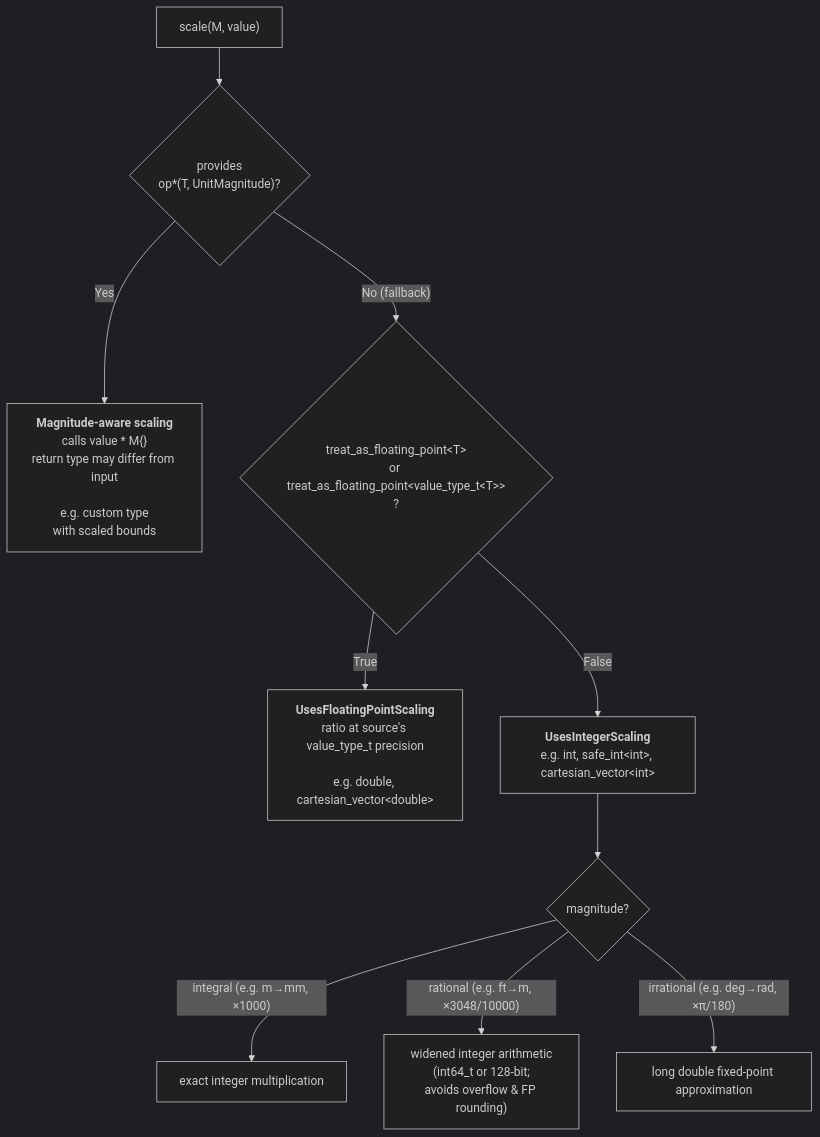
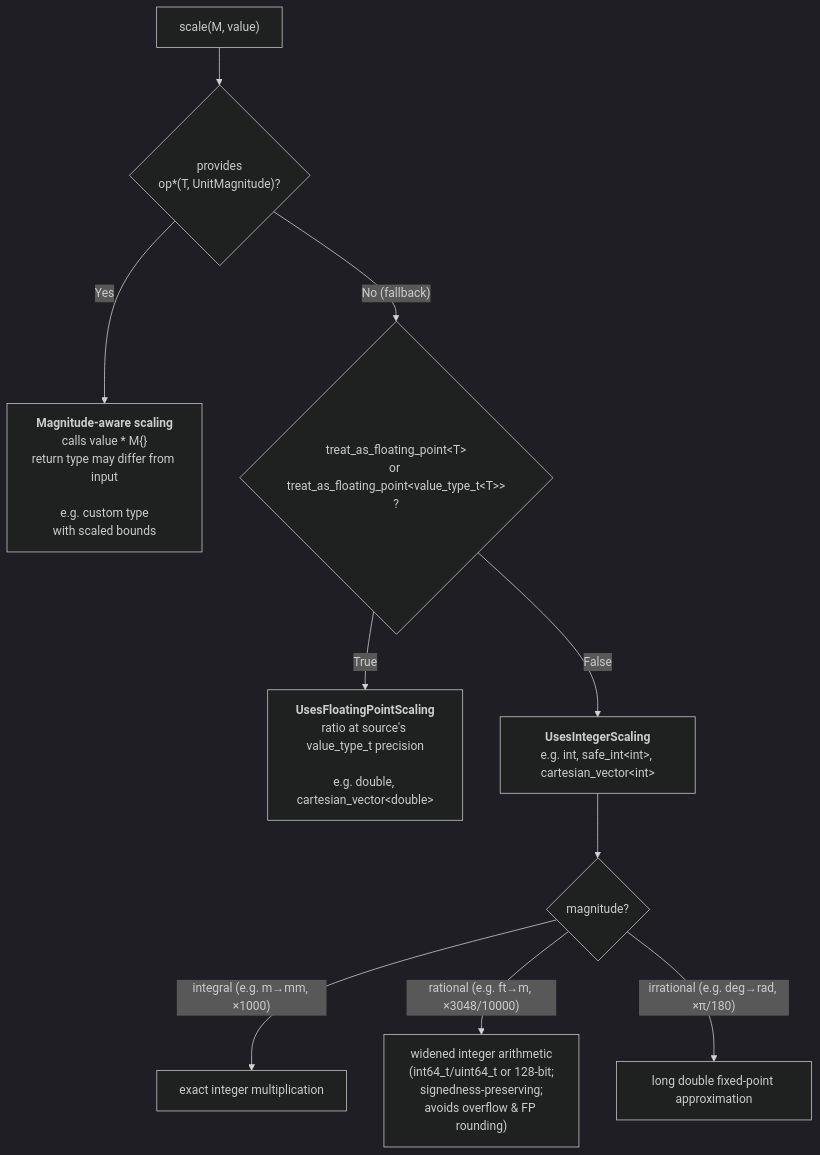
Before and after one commit to RalphSteinhagen/units: the diagram in docs/users_guide/framework_basics/representation_types.md, drawn with Mermaid (dark theme). The commit also changed other lines of this file and 4 other files, not shown here.

````diff
--- a/docs/users_guide/framework_basics/representation_types.md
+++ b/docs/users_guide/framework_basics/representation_types.md
@@ -202,12 +202,12 @@
 ```mermaid
 flowchart TD
     A["scale(M, value)"] --> MA{"provides<br>op*(T, UnitMagnitude)?"}
     MA -- "Yes" --> MAR["<b>Magnitude-aware scaling</b><br>calls value * M{}<br>return type may differ from input<br><br>e.g. custom type<br>with scaled bounds"]
     MA -- "No (fallback)" --> B{"treat_as_floating_point&lt;T&gt;<br>or treat_as_floating_point&lt;value_type_t&lt;T&gt;&gt;<br>?"}
     B -- True --> FP["<b>UsesFloatingPointScaling</b><br>ratio at source's value_type_t precision<br><br>e.g. double, cartesian_vector&lt;double&gt;"]
     B -- False --> INT["<b>UsesIntegerScaling</b><br>e.g. int, safe_int&lt;int&gt;, cartesian_vector&lt;int&gt;"]
     INT --> G{"magnitude?"}
     G -- "integral (e.g. m→mm, ×1000)" --> I["exact integer multiplication"]
-    G -- "rational (e.g. ft→m, ×3048/10000)" --> R["widened integer arithmetic<br>(int64_t or 128-bit;<br>avoids overflow &amp; FP rounding)"]
+    G -- "rational (e.g. ft→m, ×3048/10000)" --> R["widened integer arithmetic<br>(int64_t/uint64_t or 128-bit;<br>signedness-preserving;<br>avoids overflow &amp; FP rounding)"]
     G -- "irrational (e.g. deg→rad, ×π/180)" --> IR["long double fixed-point approximation"]
 ```
````
